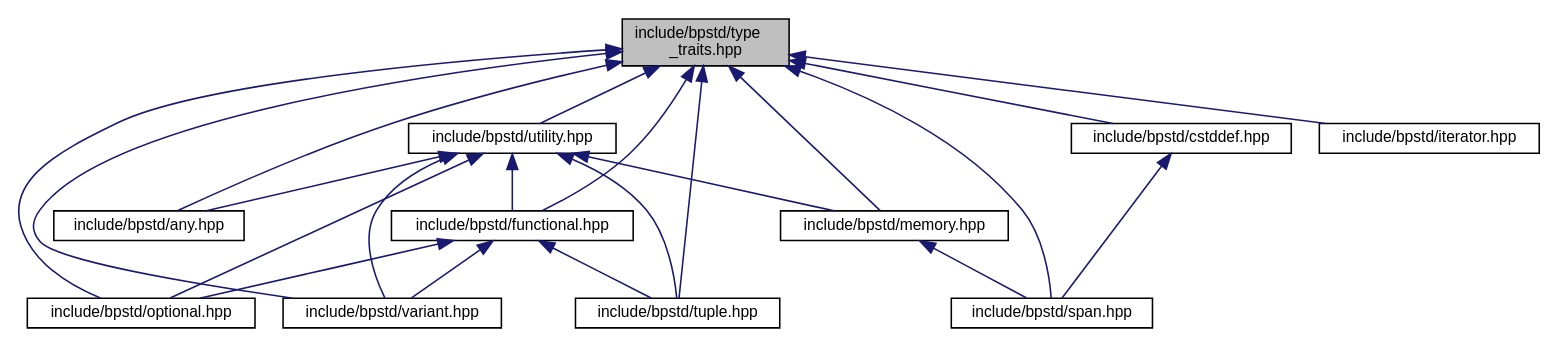
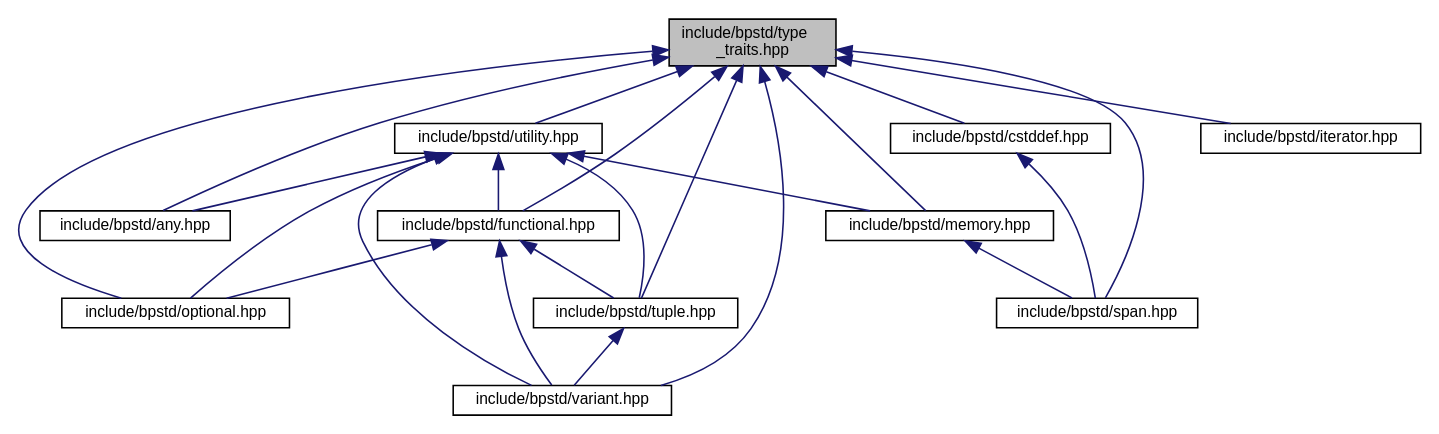
Before and after one commit to bitwizeshift/BackportCpp: the diagram in api/latest/dd/de3/type__traits_8hpp__dep__incl.dot, drawn with Graphviz. The commit also changed 38 other files, not shown here.

```diff
--- a/api/latest/dd/de3/type__traits_8hpp__dep__incl.dot
+++ b/api/latest/dd/de3/type__traits_8hpp__dep__incl.dot
@@ -1,37 +1,38 @@
 digraph "include/bpstd/type_traits.hpp"
 {
   edge [fontname="Helvetica",fontsize="10",labelfontname="Helvetica",labelfontsize="10"];
   node [fontname="Helvetica",fontsize="10",shape=record];
   Node6 [label="include/bpstd/type\l_traits.hpp",height=0.2,width=0.4,color="black", fillcolor="grey75", style="filled", fontcolor="black"];
   Node6 -> Node7 [dir="back",color="midnightblue",fontsize="10",style="solid",fontname="Helvetica"];
   Node7 [label="include/bpstd/any.hpp",height=0.2,width=0.4,color="black", fillcolor="white", style="filled",URL="$d2/d62/any_8hpp.html",tooltip="This header provides definitions from the C++ header <any> "];
   Node6 -> Node8 [dir="back",color="midnightblue",fontsize="10",style="solid",fontname="Helvetica"];
   Node8 [label="include/bpstd/utility.hpp",height=0.2,width=0.4,color="black", fillcolor="white", style="filled",URL="$d1/d4e/utility_8hpp.html",tooltip="This header provides definitions from the C++ header <utility> "];
   Node8 -> Node7 [dir="back",color="midnightblue",fontsize="10",style="solid",fontname="Helvetica"];
   Node8 -> Node9 [dir="back",color="midnightblue",fontsize="10",style="solid",fontname="Helvetica"];
   Node9 [label="include/bpstd/functional.hpp",height=0.2,width=0.4,color="black", fillcolor="white", style="filled",URL="$d2/db4/functional_8hpp.html",tooltip="This header provides definitions from the C++ header <functional> "];
   Node9 -> Node10 [dir="back",color="midnightblue",fontsize="10",style="solid",fontname="Helvetica"];
   Node10 [label="include/bpstd/optional.hpp",height=0.2,width=0.4,color="black", fillcolor="white", style="filled",URL="$db/dd5/optional_8hpp.html",tooltip="This header provides definitions from the C++ header <optional> "];
   Node9 -> Node11 [dir="back",color="midnightblue",fontsize="10",style="solid",fontname="Helvetica"];
   Node11 [label="include/bpstd/tuple.hpp",height=0.2,width=0.4,color="black", fillcolor="white", style="filled",URL="$d3/d6f/tuple_8hpp.html",tooltip="This header provides definitions from the C++ header <tuple> "];
+  Node11 -> Node12 [dir="back",color="midnightblue",fontsize="10",style="solid",fontname="Helvetica"];
+  Node12 [label="include/bpstd/variant.hpp",height=0.2,width=0.4,color="black", fillcolor="white", style="filled",URL="$d9/d7a/variant_8hpp.html",tooltip="This header provides definitions from the C++ header <variant> "];
   Node9 -> Node12 [dir="back",color="midnightblue",fontsize="10",style="solid",fontname="Helvetica"];
-  Node12 [label="include/bpstd/variant.hpp",height=0.2,width=0.4,color="black", fillcolor="white", style="filled",URL="$d9/d7a/variant_8hpp.html",tooltip="This header provides definitions from the C++ header <variant> "];
   Node8 -> Node13 [dir="back",color="midnightblue",fontsize="10",style="solid",fontname="Helvetica"];
   Node13 [label="include/bpstd/memory.hpp",height=0.2,width=0.4,color="black", fillcolor="white", style="filled",URL="$da/d3e/memory_8hpp.html",tooltip="This header provides definitions from the C++ header <memory> "];
   Node13 -> Node14 [dir="back",color="midnightblue",fontsize="10",style="solid",fontname="Helvetica"];
   Node14 [label="include/bpstd/span.hpp",height=0.2,width=0.4,color="black", fillcolor="white", style="filled",URL="$da/de1/span_8hpp.html",tooltip="This header provides definitions from the C++ header  "];
   Node8 -> Node10 [dir="back",color="midnightblue",fontsize="10",style="solid",fontname="Helvetica"];
   Node8 -> Node11 [dir="back",color="midnightblue",fontsize="10",style="solid",fontname="Helvetica"];
   Node8 -> Node12 [dir="back",color="midnightblue",fontsize="10",style="solid",fontname="Helvetica"];
   Node6 -> Node15 [dir="back",color="midnightblue",fontsize="10",style="solid",fontname="Helvetica"];
   Node15 [label="include/bpstd/cstddef.hpp",height=0.2,width=0.4,color="black", fillcolor="white", style="filled",URL="$d0/dc7/cstddef_8hpp.html",tooltip="This header provides definitions from the C++ header <cstddef> "];
   Node15 -> Node14 [dir="back",color="midnightblue",fontsize="10",style="solid",fontname="Helvetica"];
   Node6 -> Node9 [dir="back",color="midnightblue",fontsize="10",style="solid",fontname="Helvetica"];
   Node6 -> Node16 [dir="back",color="midnightblue",fontsize="10",style="solid",fontname="Helvetica"];
   Node16 [label="include/bpstd/iterator.hpp",height=0.2,width=0.4,color="black", fillcolor="white", style="filled",URL="$d9/dde/iterator_8hpp.html",tooltip="This header provides definitions from the C++ header <iterator> "];
   Node6 -> Node13 [dir="back",color="midnightblue",fontsize="10",style="solid",fontname="Helvetica"];
   Node6 -> Node10 [dir="back",color="midnightblue",fontsize="10",style="solid",fontname="Helvetica"];
   Node6 -> Node14 [dir="back",color="midnightblue",fontsize="10",style="solid",fontname="Helvetica"];
   Node6 -> Node11 [dir="back",color="midnightblue",fontsize="10",style="solid",fontname="Helvetica"];
   Node6 -> Node12 [dir="back",color="midnightblue",fontsize="10",style="solid",fontname="Helvetica"];
 }
```
